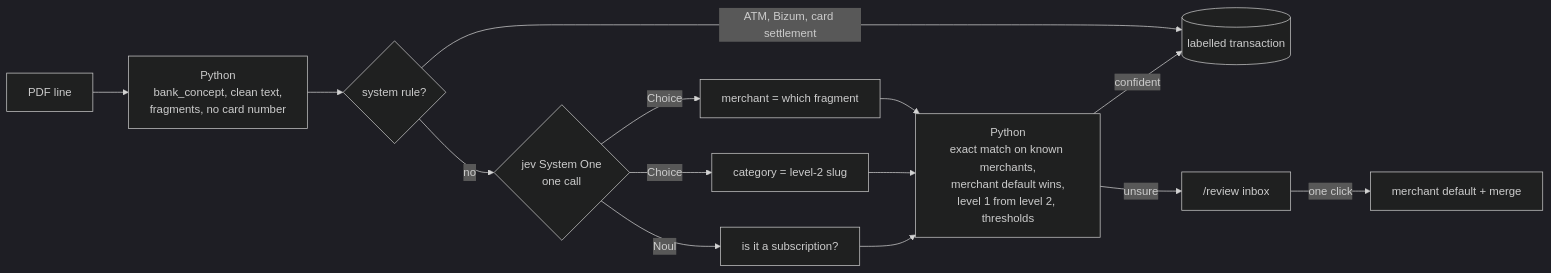
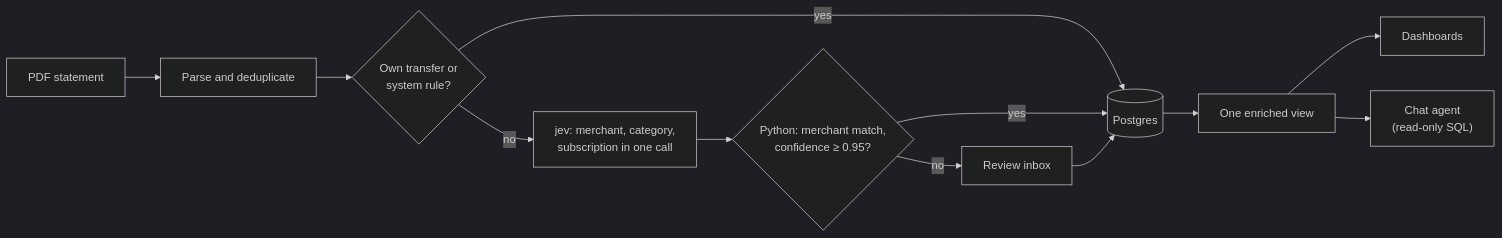
One commit to raulvazquez7/personal-finance-agent changed the diagram in README.md. Above: the diagram before and after it, drawn with Mermaid (dark theme). The commit also changed other lines of this file and 1 other file, not shown here.

Commit message:
docs: a product README and an architecture page for reviewers

````diff
--- a/README.md
+++ b/README.md
@@ -33,16 +28,13 @@
 ```mermaid
 flowchart LR
-    A[PDF line] --> B["Python<br/>bank_concept, clean text,<br/>fragments, no card number"]
-    B --> R{system rule?}
-    R -->|ATM, Bizum, card settlement| H
-    R -->|no| C{"jev System One<br/>one call"}
-    C -->|Choice| D[merchant = which fragment]
-    C -->|Choice| E[category = level-2 slug]
-    C -->|Noul| F[is it a subscription?]
-    D --> G["Python<br/>exact match on known merchants,<br/>merchant default wins,<br/>level 1 from level 2, thresholds"]
-    E --> G
-    F --> G
-    G -->|confident| H[(labelled transaction)]
-    G -->|unsure| I["/review inbox"]
-    I -->|one click| J[merchant default + merge]
+    A[PDF statement] --> B[Parse and deduplicate]
+    B --> C{Own transfer or<br/>system rule?}
+    C -->|yes| G[(Postgres)]
+    C -->|no| D["jev: merchant, category,<br/>subscription in one call"]
+    D --> E{"Python: merchant match,<br/>confidence ≥ 0.95?"}
+    E -->|yes| G
+    E -->|no| F[Review inbox] --> G
+    G --> H[One enriched view]
+    H --> I[Dashboards]
+    H --> J["Chat agent<br/>(read-only SQL)"]
 ```
````
